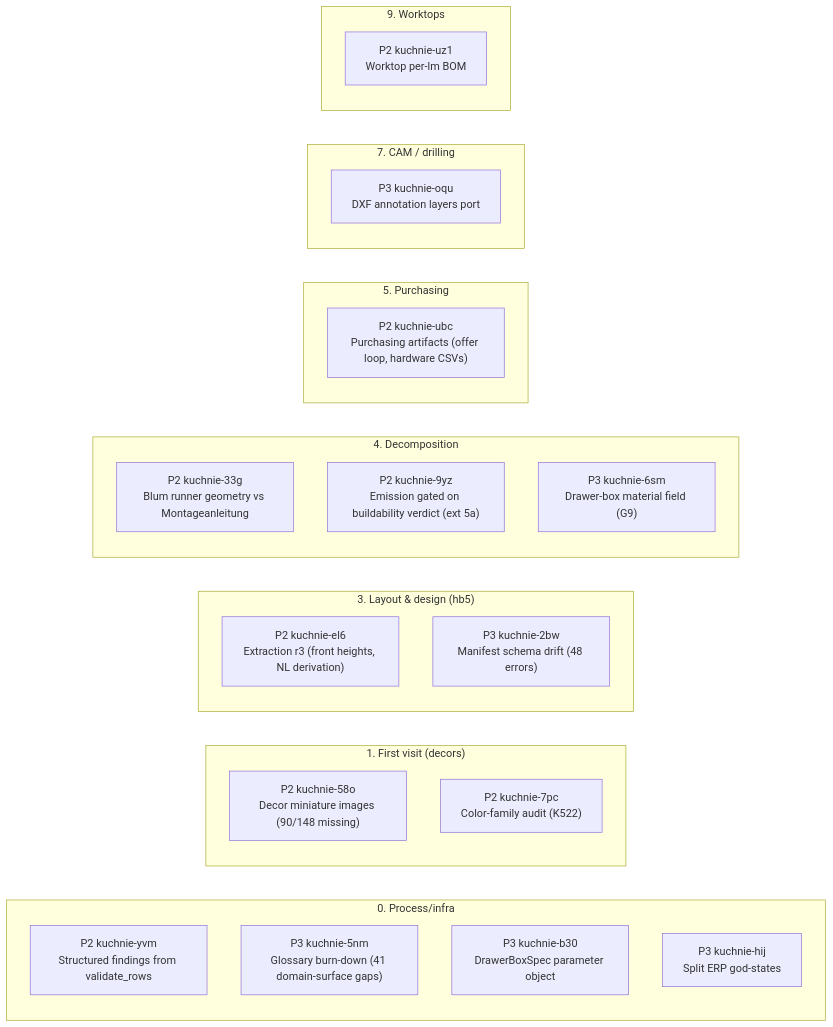
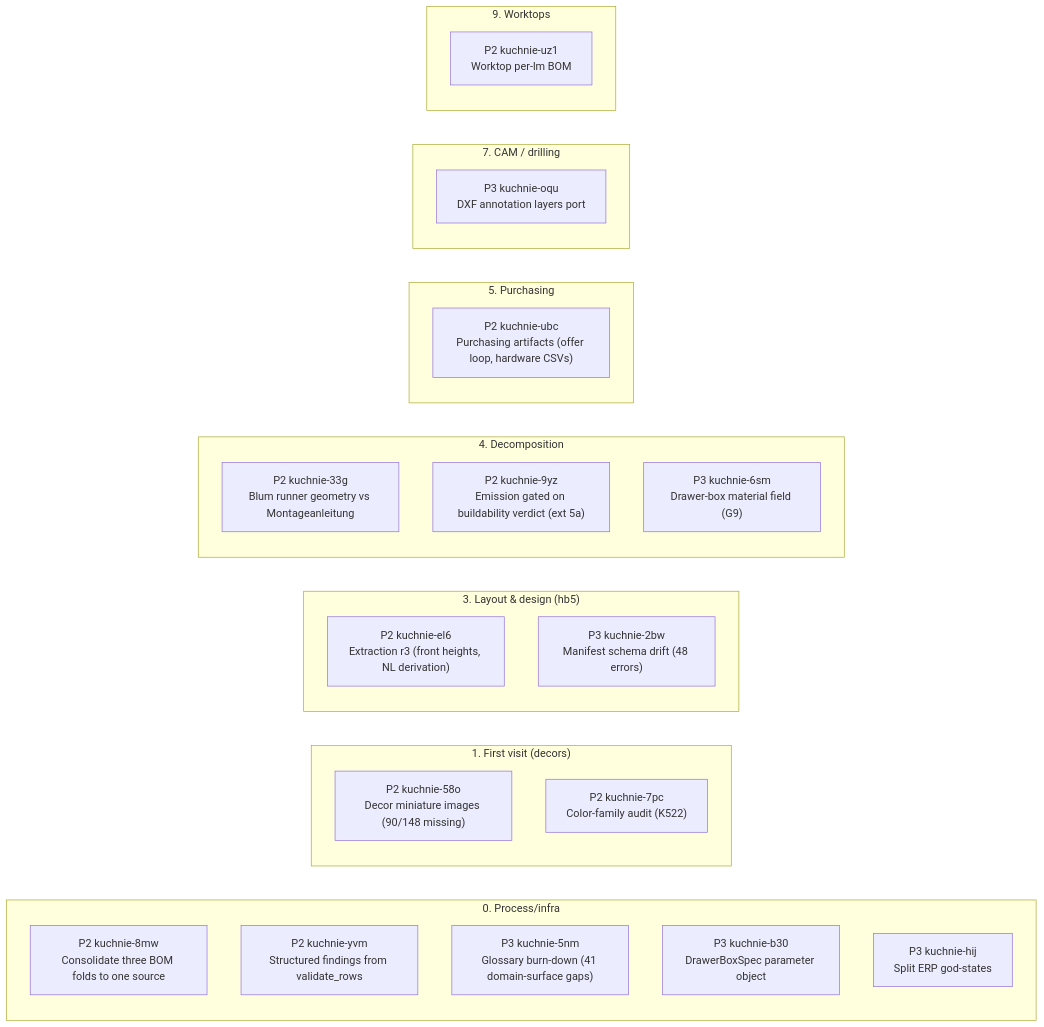
One commit to m1981/kuchnie changed the first of 2 diagrams in STATUS.md. Above: the diagram before and after it, drawn with Mermaid. The commit also changed other lines of this file and 2 other files, not shown here.

````diff
--- a/STATUS.md
+++ b/STATUS.md
@@ -109,31 +110,32 @@
 ```mermaid
 flowchart LR
     subgraph s0 ["0. Process/infra"]
+        kuchnie_8mw["P2 kuchnie-8mw<br/>Consolidate three BOM folds to one source"]
         kuchnie_yvm["P2 kuchnie-yvm<br/>Structured findings from validate_rows"]
         kuchnie_5nm["P3 kuchnie-5nm<br/>Glossary burn-down (41 domain-surface gaps)"]
         kuchnie_b30["P3 kuchnie-b30<br/>DrawerBoxSpec parameter object"]
         kuchnie_hij["P3 kuchnie-hij<br/>Split ERP god-states"]
     end
     subgraph s1 ["1. First visit (decors)"]
         kuchnie_58o["P2 kuchnie-58o<br/>Decor miniature images (90/148 missing)"]
         kuchnie_7pc["P2 kuchnie-7pc<br/>Color-family audit (K522)"]
     end
     subgraph s3 ["3. Layout & design (hb5)"]
         kuchnie_el6["P2 kuchnie-el6<br/>Extraction r3 (front heights, NL derivation)"]
         kuchnie_2bw["P3 kuchnie-2bw<br/>Manifest schema drift (48 errors)"]
     end
     subgraph s4 ["4. Decomposition"]
         kuchnie_33g["P2 kuchnie-33g<br/>Blum runner geometry vs Montageanleitung"]
         kuchnie_9yz["P2 kuchnie-9yz<br/>Emission gated on buildability verdict (ext 5a)"]
         kuchnie_6sm["P3 kuchnie-6sm<br/>Drawer-box material field (G9)"]
     end
     subgraph s5 ["5. Purchasing"]
         kuchnie_ubc["P2 kuchnie-ubc<br/>Purchasing artifacts (offer loop, hardware CSVs)"]
     end
     subgraph s7 ["7. CAM / drilling"]
         kuchnie_oqu["P3 kuchnie-oqu<br/>DXF annotation layers port"]
     end
     subgraph s9 ["9. Worktops"]
         kuchnie_uz1["P2 kuchnie-uz1<br/>Worktop per-lm BOM"]
     end
 ```
````
